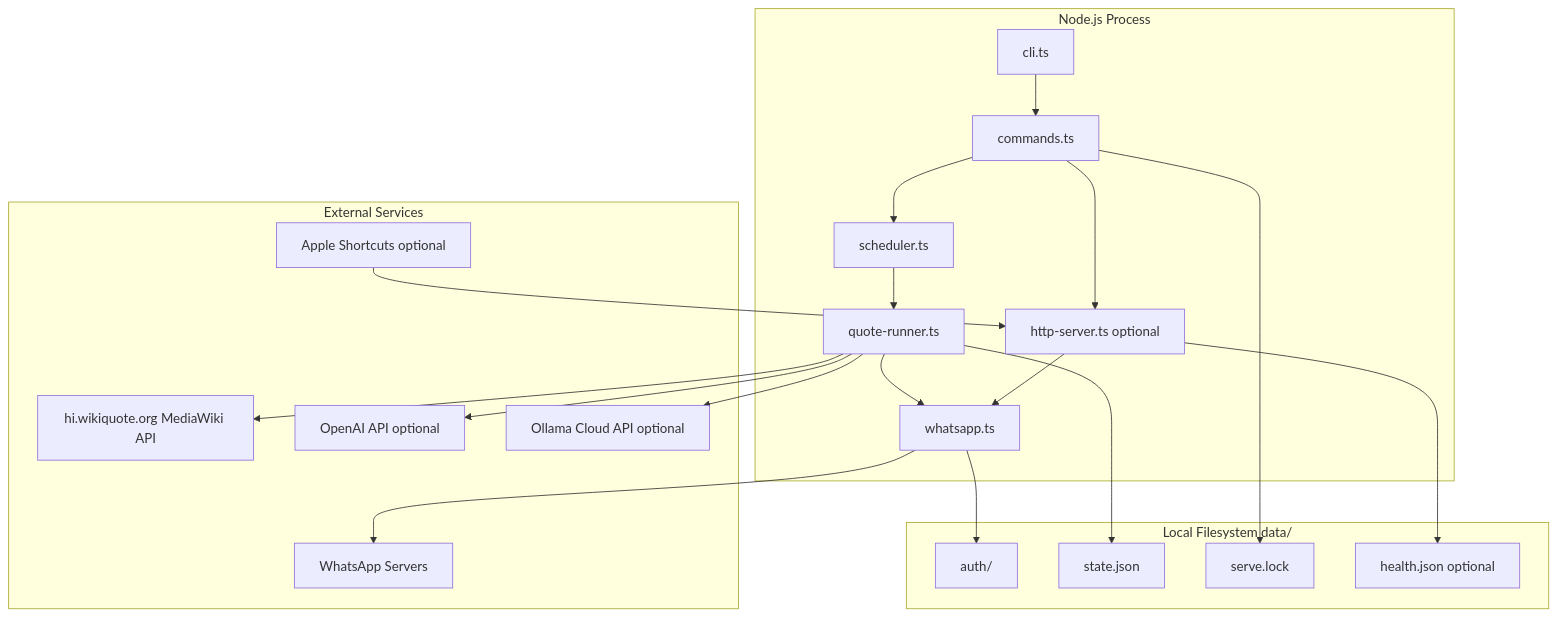
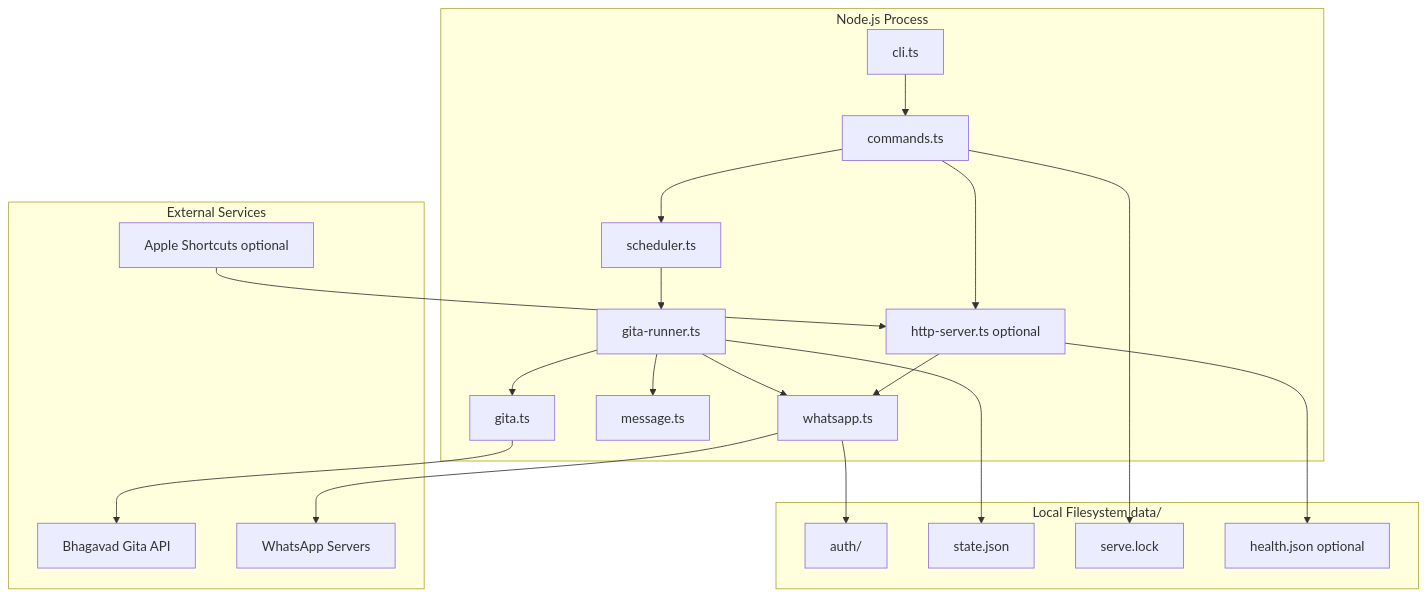
The first of 2 diagrams in docs/ARCHITECTURE.md (sidntrivedi/wapp-quote), drawn with Mermaid before and after one commit. The commit also changed other lines of this file and 44 other files, not shown here.

````diff
--- a/docs/ARCHITECTURE.md
+++ b/docs/ARCHITECTURE.md
@@ -29,42 +25,42 @@
 ```mermaid
 graph TB
     subgraph process [Node.js Process]
         CLI[cli.ts]
         CMD[commands.ts]
         SCH[scheduler.ts]
-        RUN[quote-runner.ts]
+        RUN[gita-runner.ts]
+        GITA[gita.ts]
+        MSG[message.ts]
         WA[whatsapp.ts]
         HTTP[http-server.ts optional]
     end
 
     subgraph storage [Local Filesystem data/]
         AUTH[auth/]
         STATE[state.json]
         LOCK[serve.lock]
         HEALTH[health.json optional]
     end
 
     subgraph external [External Services]
-        WQ[hi.wikiquote.org MediaWiki API]
-        OAI[OpenAI API optional]
-        OLL[Ollama Cloud API optional]
+        API[Bhagavad Gita API]
         WANET[WhatsApp Servers]
         SHORT[Apple Shortcuts optional]
     end
 
     CLI --> CMD
     CMD --> SCH
     SCH --> RUN
+    RUN --> GITA
+    GITA --> API
+    RUN --> MSG
     RUN --> WA
     WA --> AUTH
     WA --> WANET
-    RUN --> WQ
-    RUN --> OAI
-    RUN --> OLL
     RUN --> STATE
     CMD --> LOCK
     CMD --> HTTP
     SHORT --> HTTP
     HTTP --> HEALTH
     HTTP --> WA
 ```
````
